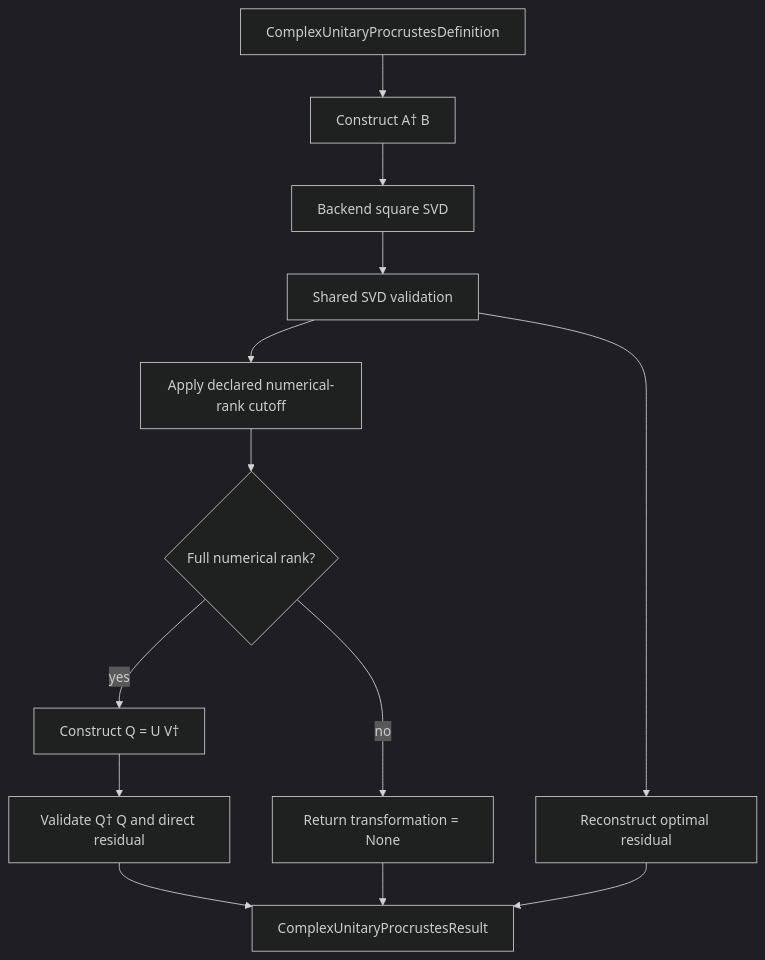
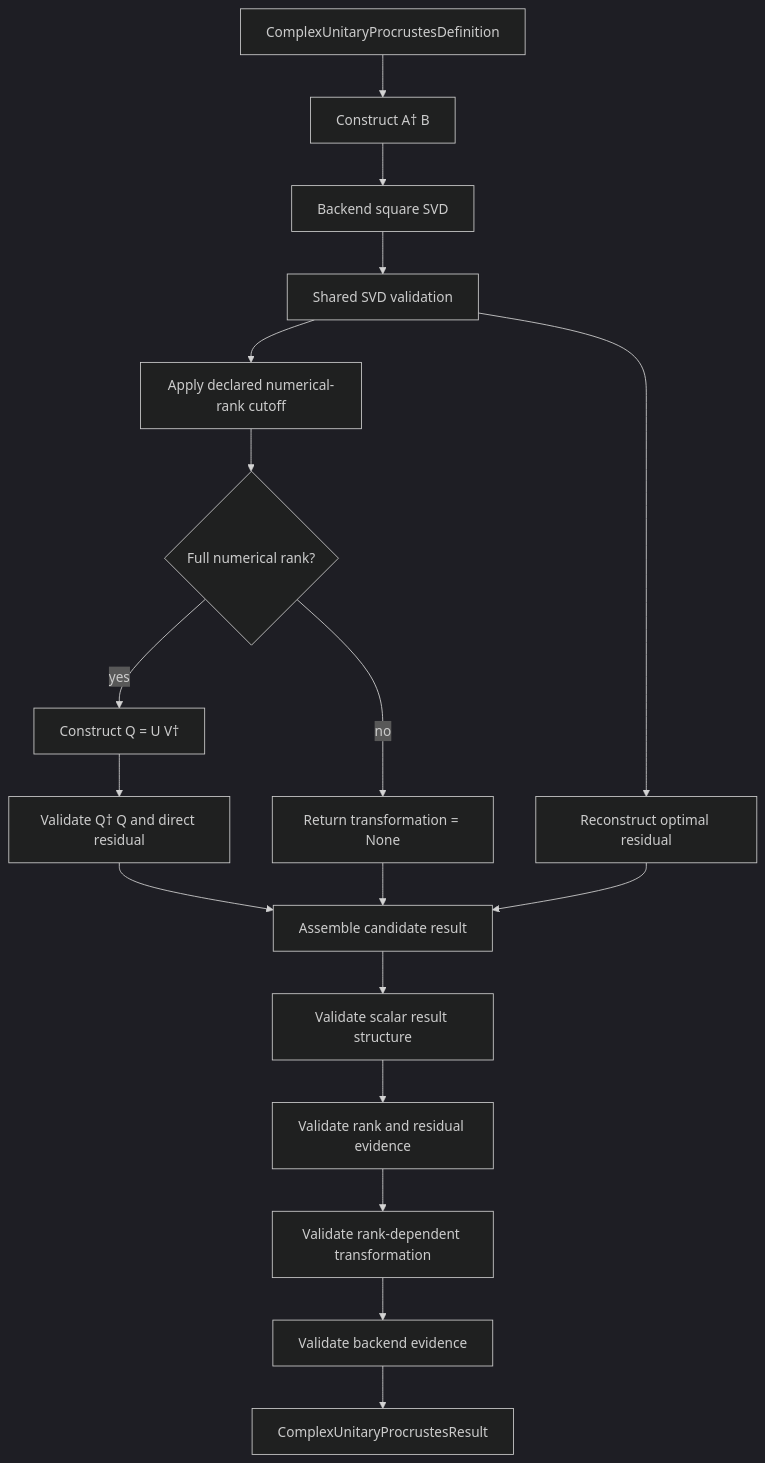
The diagram in docs/architecture/projectkoios/optimization/alignment/procrustes/schematics.md (eragasa/projectkoios-optimization), drawn with Mermaid (dark theme) before and after one commit. The commit also changed 32 other files, not shown here.

````diff
--- a/docs/architecture/projectkoios/optimization/alignment/procrustes/schematics.md
+++ b/docs/architecture/projectkoios/optimization/alignment/procrustes/schematics.md
@@ -3,15 +3,20 @@
 ```mermaid
 flowchart TD
     D[ComplexUnitaryProcrustesDefinition] --> C[Construct A† B]
     C --> S[Backend square SVD]
     S --> V[Shared SVD validation]
     V --> K[Apply declared numerical-rank cutoff]
     K --> F{Full numerical rank?}
     F -->|yes| Q[Construct Q = U V†]
     Q --> U[Validate Q† Q and direct residual]
     F -->|no| N[Return transformation = None]
     V --> O[Reconstruct optimal residual]
-    U --> R[ComplexUnitaryProcrustesResult]
-    N --> R
-    O --> R
+    U --> A[Assemble candidate result]
+    N --> A
+    O --> A
+    A --> RS[Validate scalar result structure]
+    RS --> RR[Validate rank and residual evidence]
+    RR --> RT[Validate rank-dependent transformation]
+    RT --> RB[Validate backend evidence]
+    RB --> R[ComplexUnitaryProcrustesResult]
 ```
````
